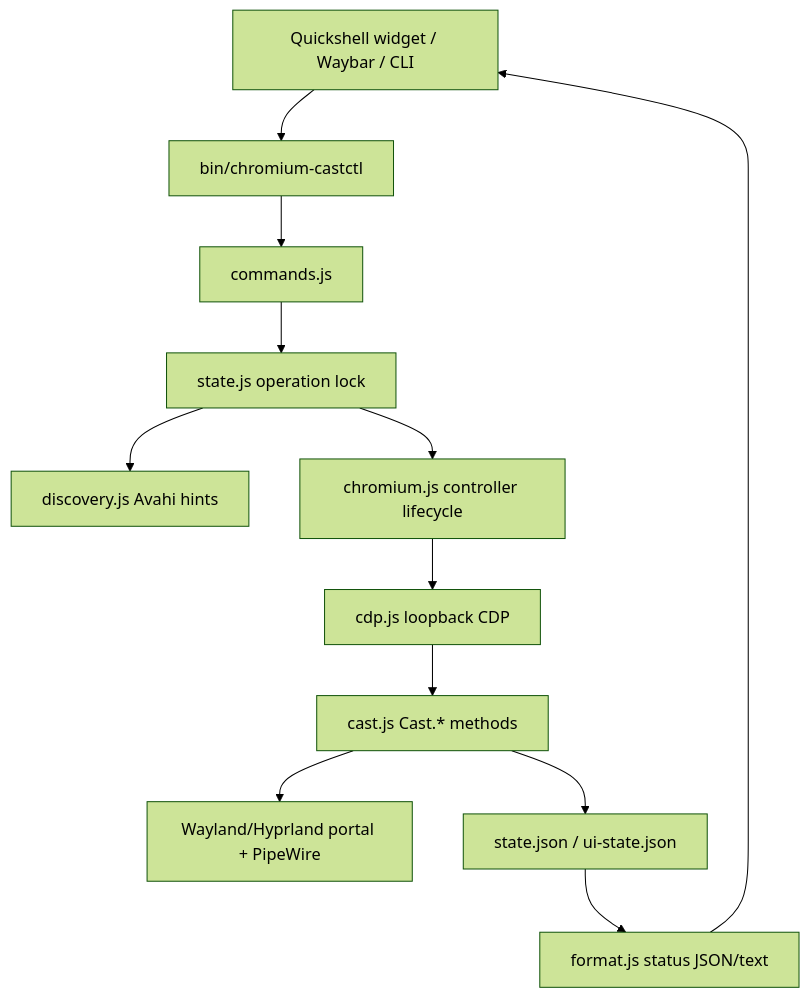
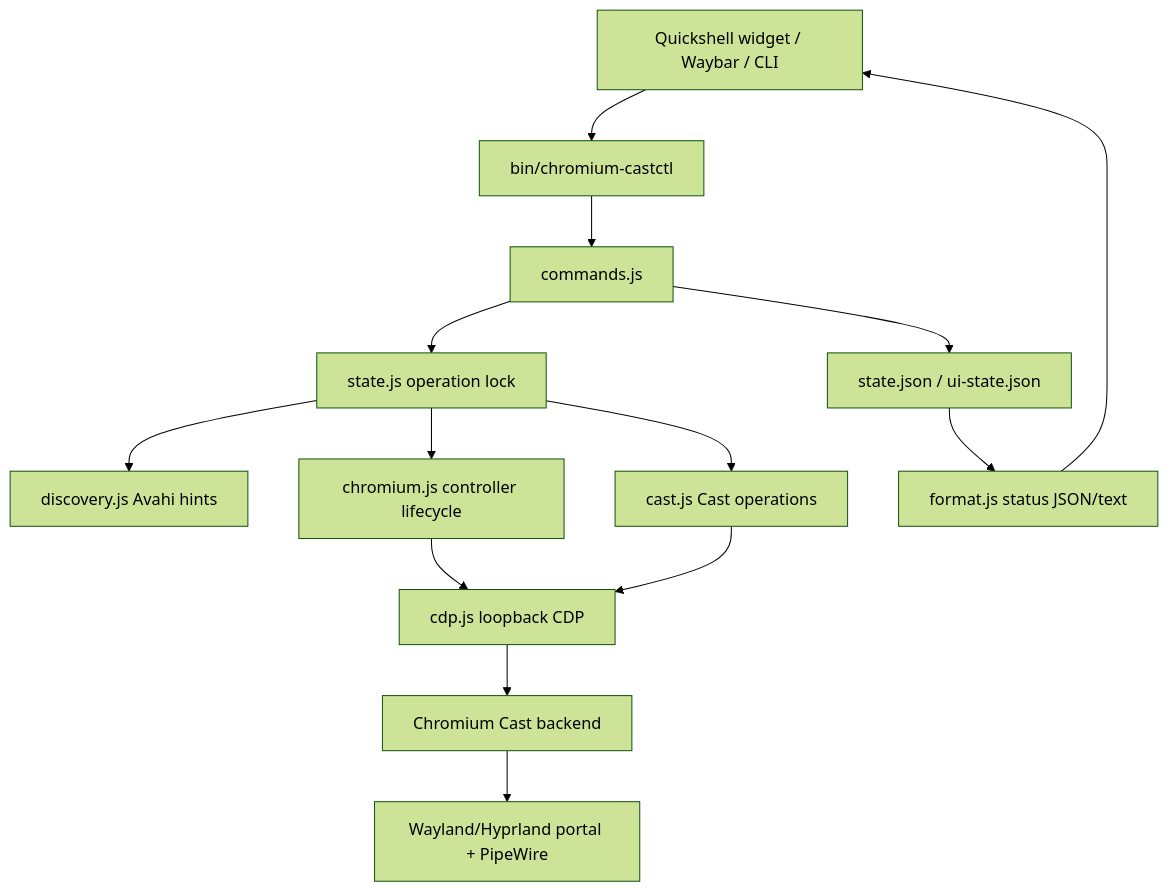
Before and after one commit to HackXIt/omarchy-chromecast: the first of 4 diagrams in docs/architecture.md, drawn with Mermaid (forest theme). The commit also changed other lines of this file, not shown here.

Commit message:
no-mistakes(document): Correct architecture flow and lock documentation

````diff
--- a/docs/architecture.md
+++ b/docs/architecture.md
@@ -22,14 +22,16 @@
 ```mermaid
 flowchart TD
   UI[Quickshell widget / Waybar / CLI] --> BIN[bin/chromium-castctl]
   BIN --> CMD[commands.js]
   CMD --> LOCK[state.js operation lock]
   LOCK --> DISC[discovery.js Avahi hints]
   LOCK --> CHR[chromium.js controller lifecycle]
+  LOCK --> CAST[cast.js Cast operations]
   CHR --> CDP[cdp.js loopback CDP]
-  CDP --> CAST[cast.js Cast.* methods]
-  CAST --> PORTAL[Wayland/Hyprland portal + PipeWire]
-  CAST --> STATE[state.json / ui-state.json]
+  CAST --> CDP
+  CDP --> BACKEND[Chromium Cast backend]
+  BACKEND --> PORTAL[Wayland/Hyprland portal + PipeWire]
+  CMD --> STATE[state.json / ui-state.json]
   STATE --> FORMAT[format.js status JSON/text]
   FORMAT --> UI
 ```
````
